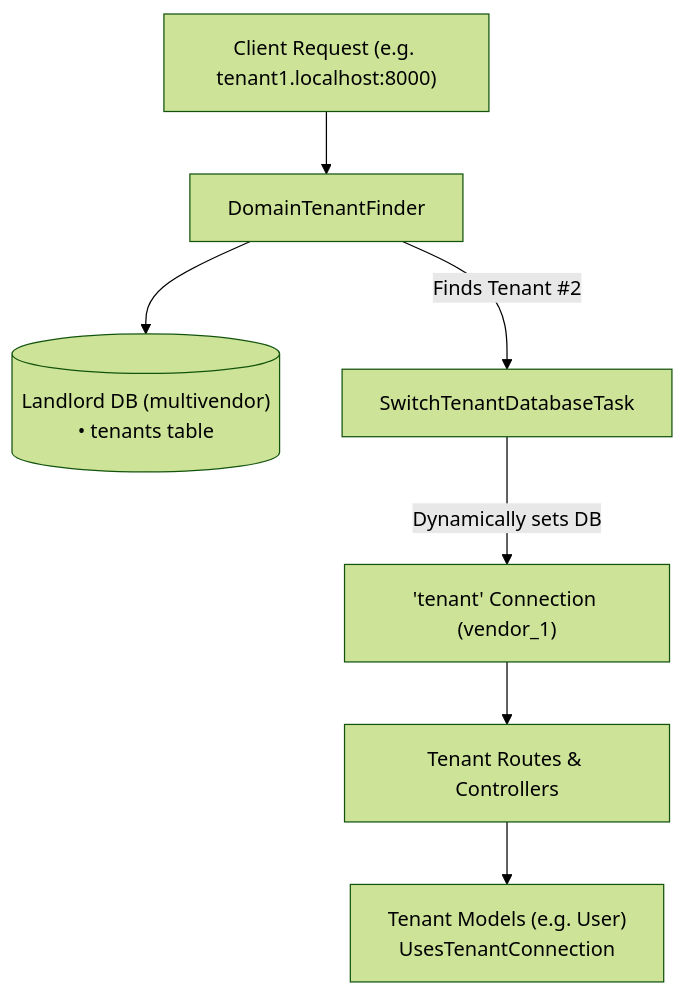
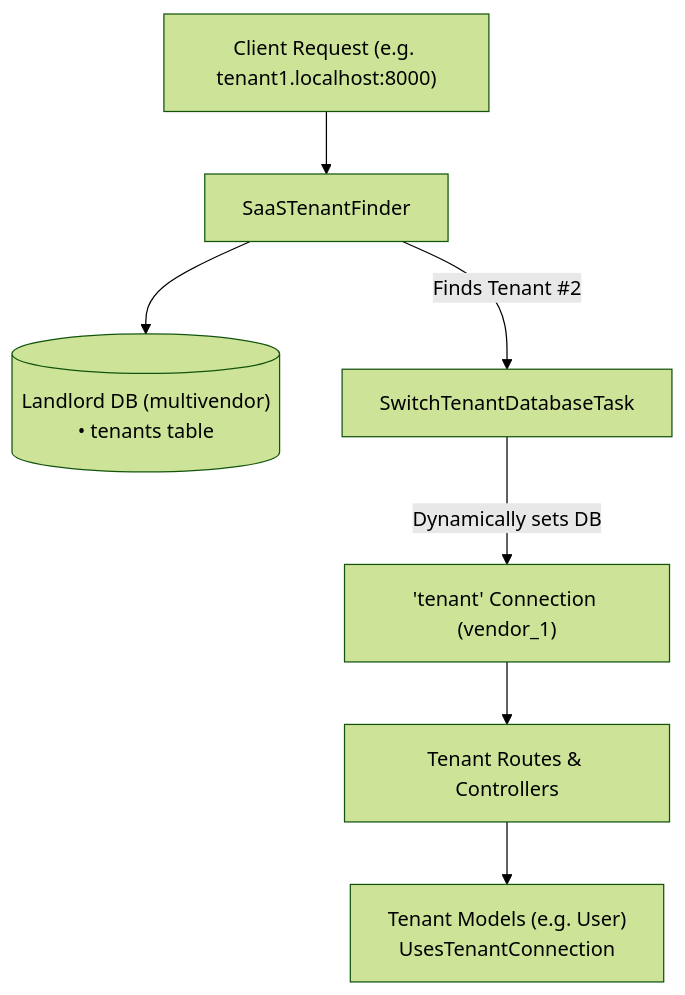
Before and after one commit to Ziad-Abaza/laravel-spatie-multitenancy-learning: the diagram in README.md, drawn with Mermaid (forest theme). The commit also changed other lines of this file and 47 other files, not shown here.

````diff
--- a/README.md
+++ b/README.md
@@ -31,9 +31,9 @@
 ```mermaid
 flowchart TD
-    Client["Client Request (e.g. tenant1.localhost:8000)"] --> Finder["DomainTenantFinder"]
+    Client["Client Request (e.g. tenant1.localhost:8000)"] --> Finder["SaaSTenantFinder"]
     Finder --> LandlordDB[("Landlord DB (multivendor)<br/>• tenants table")]
     Finder -- "Finds Tenant #2" --> Task["SwitchTenantDatabaseTask"]
     Task -- "Dynamically sets DB" --> TenantConn["'tenant' Connection (vendor_1)"]
     TenantConn --> App["Tenant Routes & Controllers"]
     App --> TenantModel["Tenant Models (e.g. User)<br/>UsesTenantConnection"]
 ```
````
